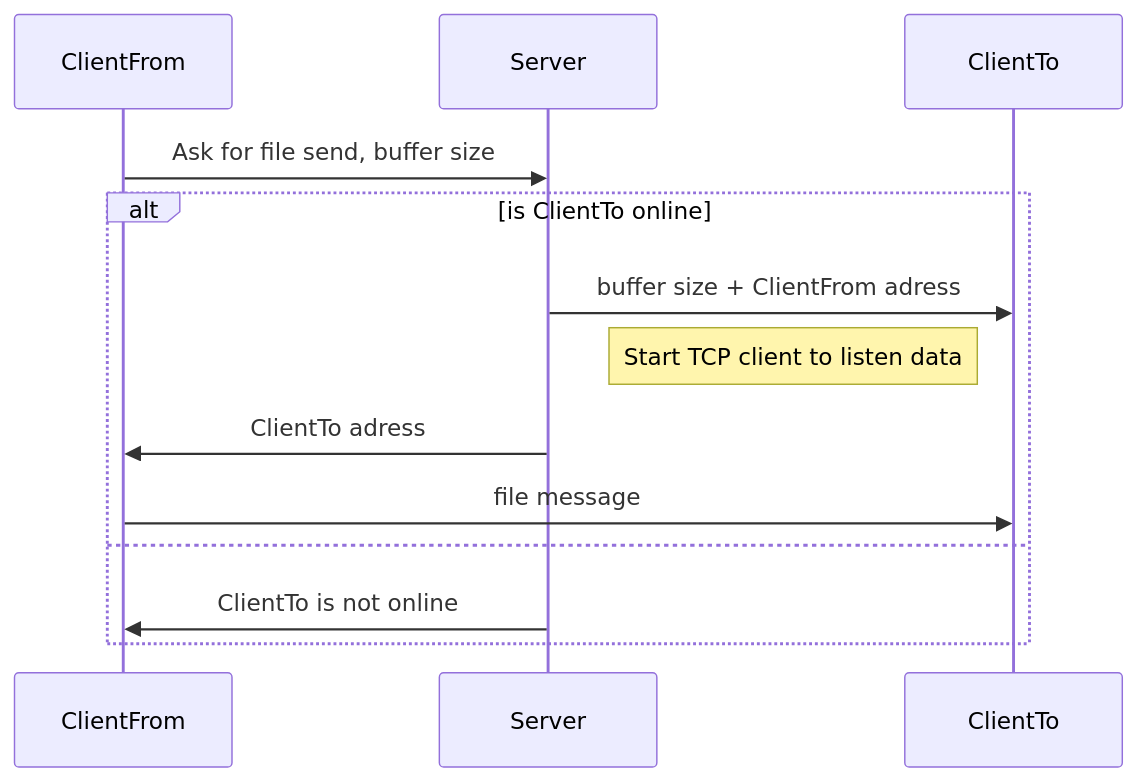
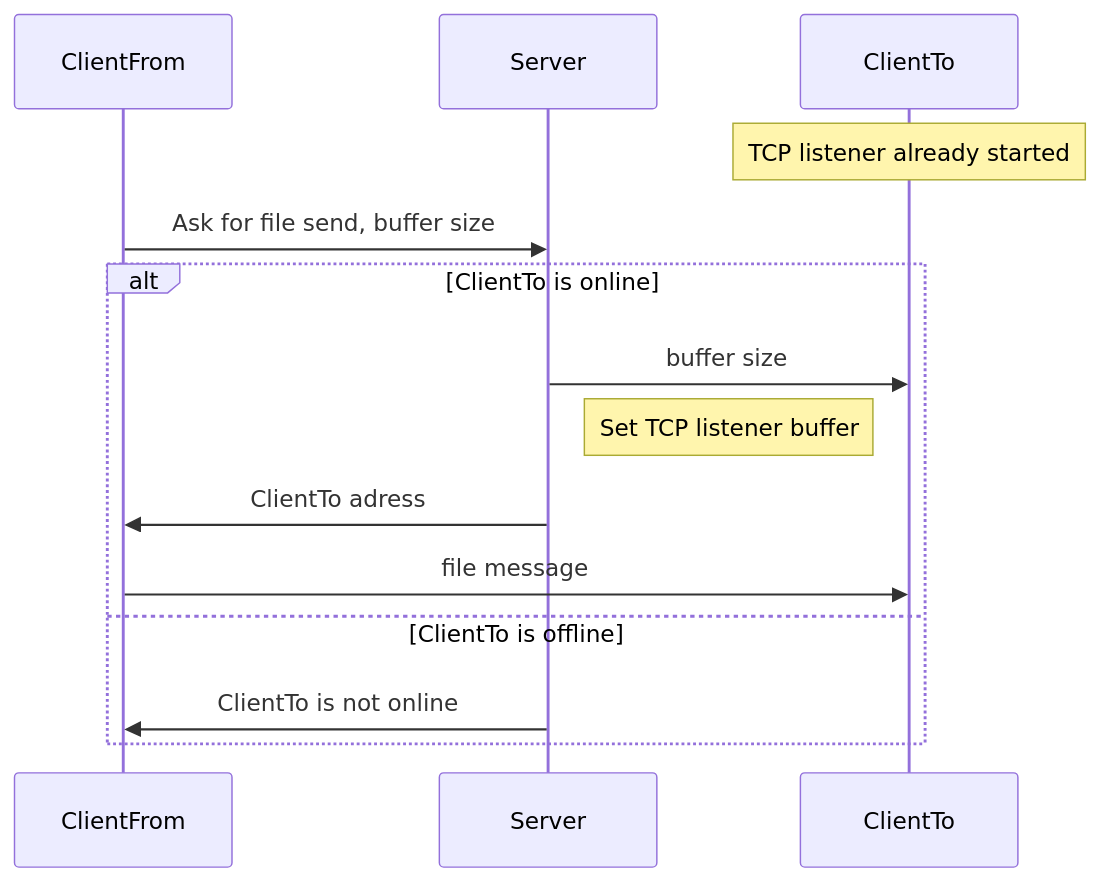
One commit to flurium/babble changed the second of 2 diagrams in docs/file-send-tcp.md. Above: the diagram before and after it, drawn with Mermaid. The commit also changed other lines of this file, not shown here.

Commit message:
file send docs

````diff
--- a/docs/file-send-tcp.md
+++ b/docs/file-send-tcp.md
@@ -14,18 +14,20 @@
 ```mermaid
 sequenceDiagram
     participant ClientFrom
     participant Server
     participant ClientTo
 
+    Note over ClientTo: TCP listener already started
+    
     ClientFrom ->> Server: Ask for file send, buffer size
-    alt is ClientTo online 
-        Server ->> ClientTo: buffer size + ClientFrom adress
-        Note left of ClientTo: Start TCP client to listen data
+    alt ClientTo is online 
+        Server ->> ClientTo: buffer size
+        Note left of ClientTo: Set TCP listener buffer
         Server ->> ClientFrom: ClientTo adress 
         ClientFrom ->> ClientTo: file message
-    else
+    else ClientTo is offline
         Server ->> ClientFrom: ClientTo is not online
     end
     
 
 ```
````
